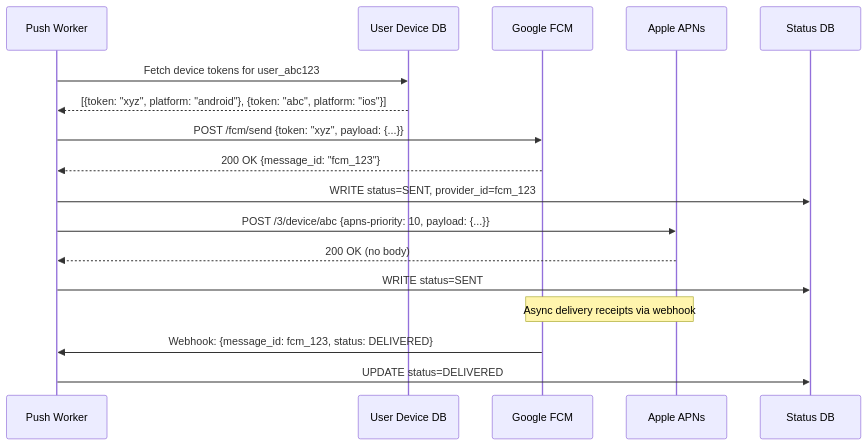
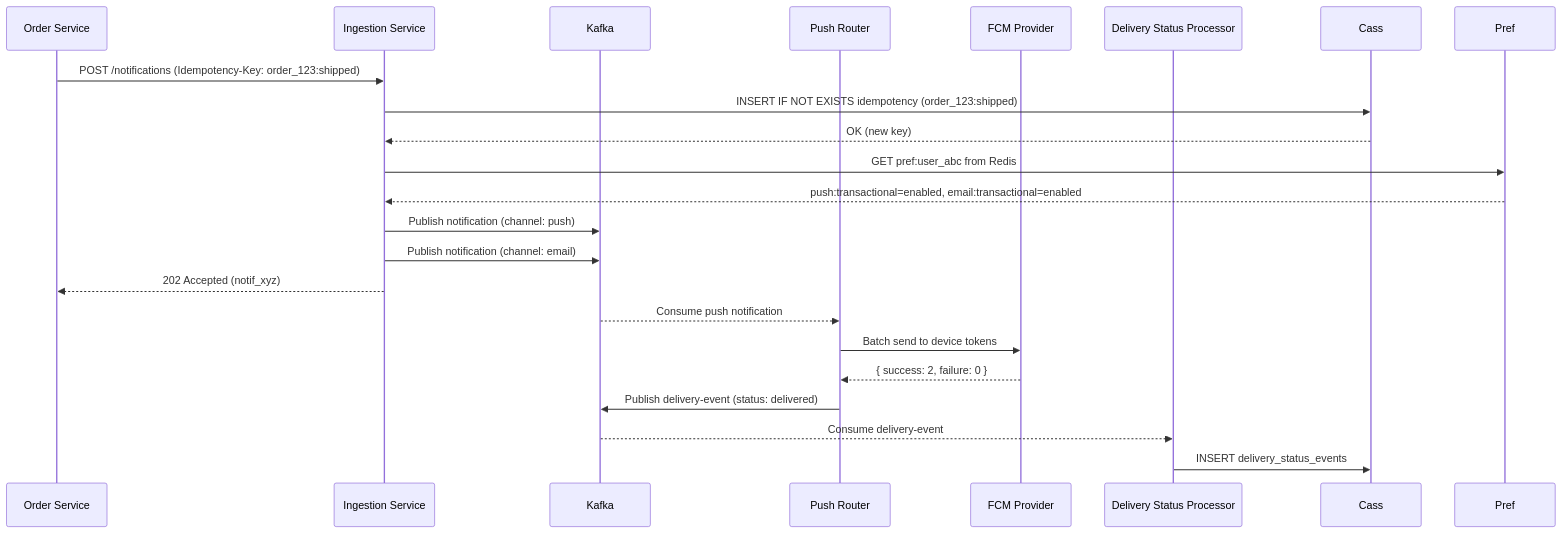
Before and after one commit to deepjyoti-dj7/JustDoIT: the second of 5 diagrams in docs/system-design/hld/real-world-systems/notification-service.md, drawn with Mermaid. The commit also changed other lines of this file and 8 other files, not shown here.

````diff
--- a/docs/system-design/hld/real-world-systems/notification-service.md
+++ b/docs/system-design/hld/real-world-systems/notification-service.md
@@ -307,23 +420,24 @@
 ```mermaid
 sequenceDiagram
-    participant W as Push Worker
-    participant DB as User Device DB
-    participant FCM as Google FCM
-    participant APNs as Apple APNs
-    participant S as Status DB
+    participant OS as Order Service
+    participant IS as Ingestion Service
+    participant K as Kafka
+    participant PR as Push Router
+    participant FCM as FCM Provider
+    participant DS as Delivery Status Processor
 
-    W->>DB: Fetch device tokens for user_abc123
-    DB-->>W: [{token: "xyz", platform: "android"}, {token: "abc", platform: "ios"}]
-
-    W->>FCM: POST /fcm/send {token: "xyz", payload: {...}}
-    FCM-->>W: 200 OK {message_id: "fcm_123"}
-    W->>S: WRITE status=SENT, provider_id=fcm_123
-
-    W->>APNs: POST /3/device/abc {apns-priority: 10, payload: {...}}
-    APNs-->>W: 200 OK (no body)
-    W->>S: WRITE status=SENT
-
-    Note over FCM,APNs: Async delivery receipts via webhook
-    FCM->>W: Webhook: {message_id: fcm_123, status: DELIVERED}
-    W->>S: UPDATE status=DELIVERED
+    OS->>IS: POST /notifications (Idempotency-Key: order_123:shipped)
+    IS->>Cass: INSERT IF NOT EXISTS idempotency (order_123:shipped)
+    Cass-->>IS: OK (new key)
+    IS->>Pref: GET pref:user_abc from Redis
+    Pref-->>IS: push:transactional=enabled, email:transactional=enabled
+    IS->>K: Publish notification (channel: push)
+    IS->>K: Publish notification (channel: email)
+    IS-->>OS: 202 Accepted (notif_xyz)
+    K-->>PR: Consume push notification
+    PR->>FCM: Batch send to device tokens
+    FCM-->>PR: { success: 2, failure: 0 }
+    PR->>K: Publish delivery-event (status: delivered)
+    K-->>DS: Consume delivery-event
+    DS->>Cass: INSERT delivery_status_events
 ```
````
